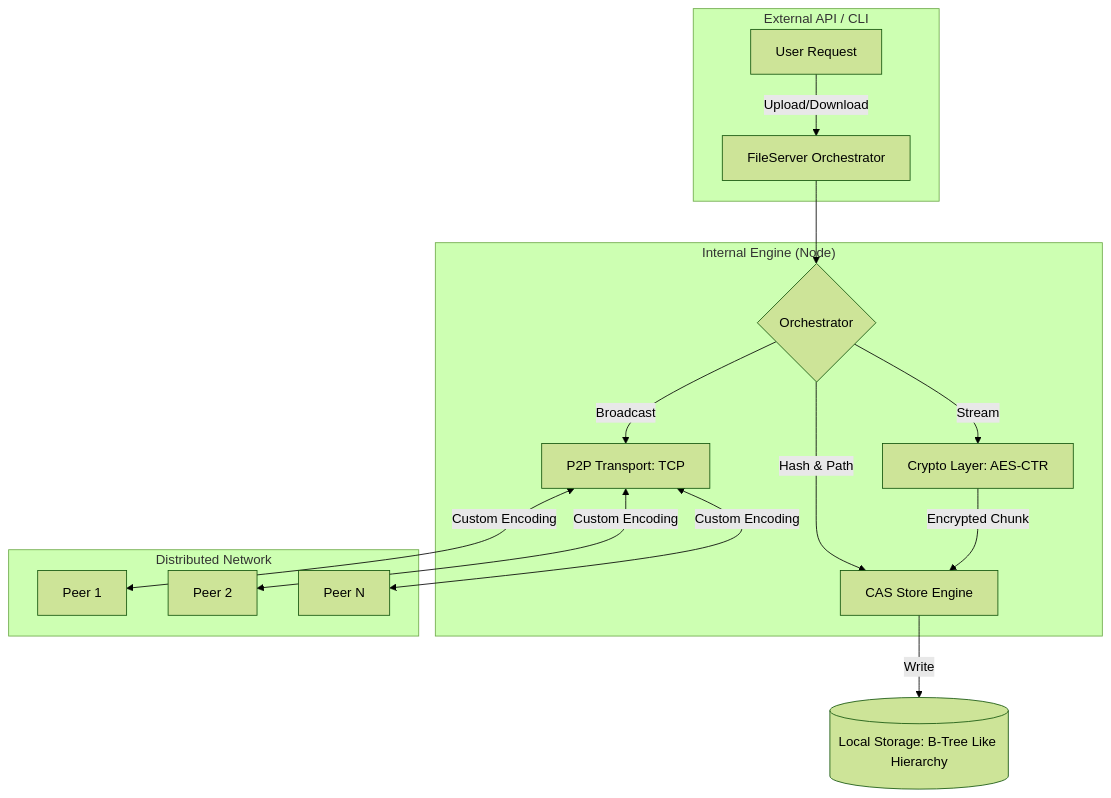
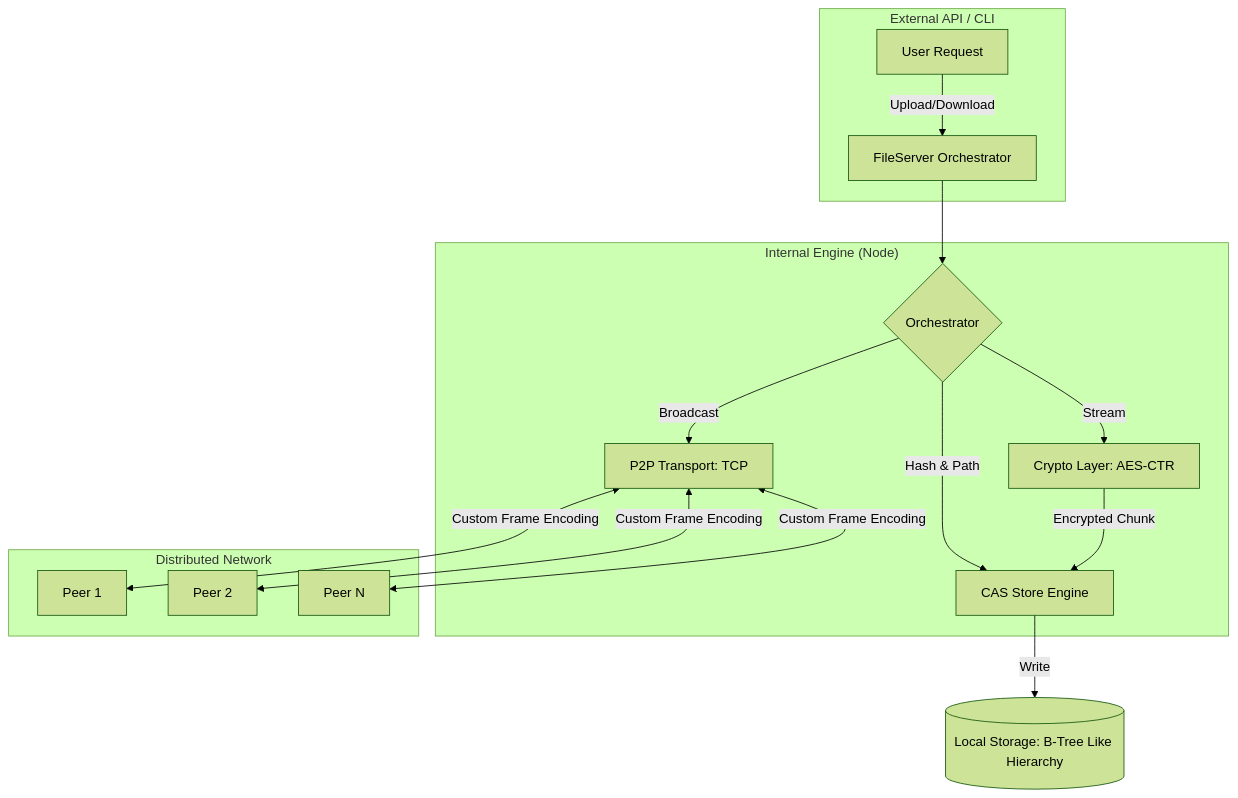
The diagram in README.md (ibesuperv/Distributed-File-Storage-System), drawn with Mermaid (forest theme) before and after one commit. The commit also changed other lines of this file and 4 other files, not shown here.

Commit message:
DOCS: Overhaul documentation with deep-dive technical specs and architecture diagrams

````diff
--- a/README.md
+++ b/README.md
@@ -17,22 +17,22 @@
 ```mermaid
 graph TD
     subgraph "External API / CLI"
         A[User Request] -->|Upload/Download| B[FileServer Orchestrator]
     end
 
     subgraph "Internal Engine (Node)"
         B --> C{Orchestrator}
         C -->|Stream| D[Crypto Layer: AES-CTR]
         C -->|Hash & Path| E[CAS Store Engine]
         C -->|Broadcast| F[P2P Transport: TCP]
     end
 
     subgraph "Distributed Network"
-        F <-->|Custom Encoding| G[Peer 1]
-        F <-->|Custom Encoding| H[Peer 2]
-        F <-->|Custom Encoding| I[Peer N]
+        F <-->|Custom Frame Encoding| G[Peer 1]
+        F <-->|Custom Frame Encoding| H[Peer 2]
+        F <-->|Custom Frame Encoding| I[Peer N]
     end
 
     D -->|Encrypted Chunk| E
     E -->|Write| J[(Local Storage: B-Tree Like Hierarchy)]
 ```
````
